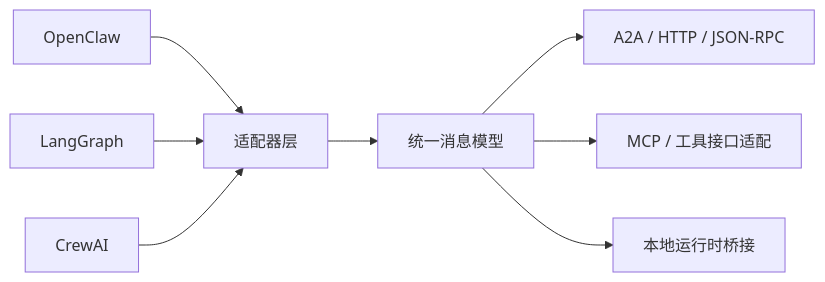
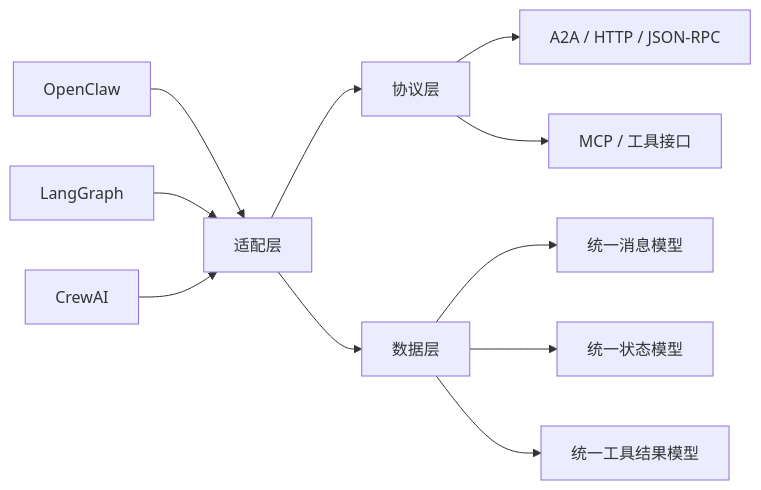
One commit to yeasy/openclaw_guide changed the diagram in 12_extension_engineering/12.5_framework_interoperability.md. Above: the diagram before and after it, drawn with Mermaid. The commit also changed other lines of this file and 12 other files, not shown here.

````diff
--- a/12_extension_engineering/12.5_framework_interoperability.md
+++ b/12_extension_engineering/12.5_framework_interoperability.md
@@ -28,10 +19,13 @@
 ```mermaid
 flowchart LR
-  OC["OpenClaw"] --> AD["适配器层"]
+  OC["OpenClaw"] --> AD["适配层"]
   LG["LangGraph"] --> AD
   CA["CrewAI"] --> AD
-  AD --> U["统一消息模型"]
-  U --> A2A["A2A / HTTP / JSON-RPC"]
-  U --> MCP["MCP / 工具接口适配"]
-  U --> RT["本地运行时桥接"]
+  AD --> P["协议层"]
+  AD --> D["数据层"]
+  P --> A2A["A2A / HTTP / JSON-RPC"]
+  P --> MCP["MCP / 工具接口"]
+  D --> MSG["统一消息模型"]
+  D --> STA["统一状态模型"]
+  D --> TOOL["统一工具结果模型"]
 ```
````
